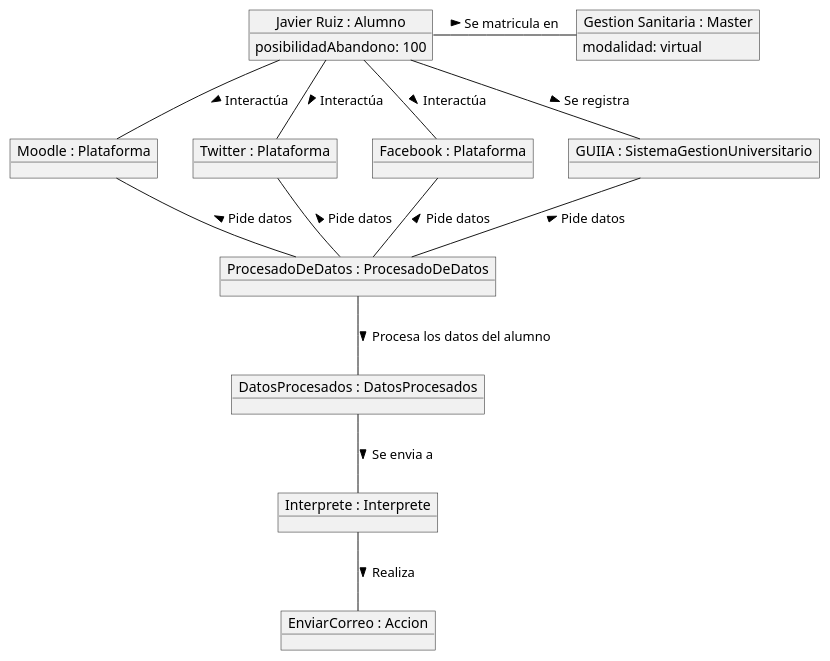
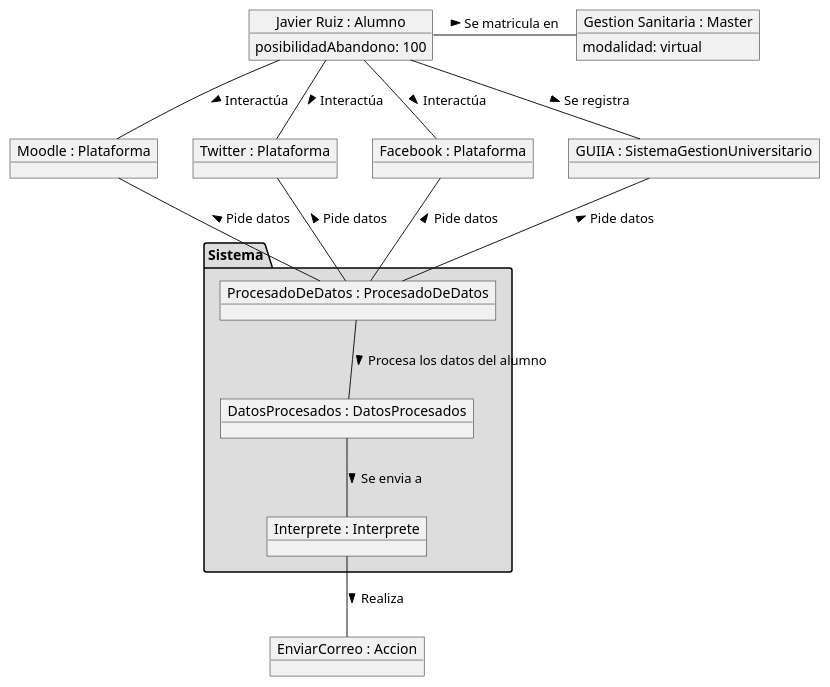
One commit to mmasias/IdSw1-22-23 changed the diagram in 000-entregas/Grupo1/Objetos_v2.puml. Above: the diagram before and after it, drawn with PlantUML. The commit also changed 5 other files, not shown here.

```diff
--- a/000-entregas/Grupo1/Objetos_v2.puml
+++ b/000-entregas/Grupo1/Objetos_v2.puml
@@ -1,38 +1,39 @@
 @startuml Objetos
-
 object "Javier Ruiz : Alumno" as Alumno{
-posibilidadAbandono: 100
+    posibilidadAbandono: 100
 }
 
-object "ProcesadoDeDatos : ProcesadoDeDatos" as ProcesadoDeDatos
+object "Gestion Sanitaria : Master" as Master {
+    modalidad: virtual
+}
+
 object "Moodle : Plataforma" as Plataforma1
 object "Twitter : Plataforma" as Plataforma2
 object "Facebook : Plataforma" as Plataforma3
 object "GUIIA : SistemaGestionUniversitario" as SistemaGestionUniversitario
 
-object "Gestion Sanitaria : Master" as Master {
-modalidad: virtual 
+package "Sistema" #DDDDDD {
+    object "ProcesadoDeDatos : ProcesadoDeDatos" as ProcesadoDeDatos
+    object "DatosProcesados : DatosProcesados" as DatosProcesados
+    object "Interprete : Interprete" as Interprete
 }
 
-object "Interprete : Interprete" as Interprete
-object "DatosProcesados : DatosProcesados" as DatosProcesados
 object "EnviarCorreo : Accion" as Accion
 
 Alumno -r- Master : Se matricula en >
-Alumno -- Plataforma1 : Interactúa > 
-Alumno -- Plataforma2 : Interactúa > 
-Alumno -- Plataforma3 : Interactúa > 
+Alumno -- Plataforma1 : Interactúa >
+Alumno -- Plataforma2 : Interactúa >
+Alumno -- Plataforma3 : Interactúa >
 Alumno -d- SistemaGestionUniversitario : Se registra >
-
-ProcesadoDeDatos -- DatosProcesados : Procesa los datos del alumno >
 
 SistemaGestionUniversitario -- ProcesadoDeDatos : Pide datos <
 Plataforma1 -- ProcesadoDeDatos : Pide datos <
 Plataforma2 -- ProcesadoDeDatos : Pide datos <
 Plataforma3 -- ProcesadoDeDatos : Pide datos <
 
-DatosProcesados -- Interprete : Se envia a  >
+ProcesadoDeDatos -d- DatosProcesados : Procesa los datos del alumno >
+DatosProcesados -d- Interprete : Se envia a  >
 
-Interprete -- Accion : Realiza >
+Interprete -d- Accion : Realiza >
 
 @enduml
```
